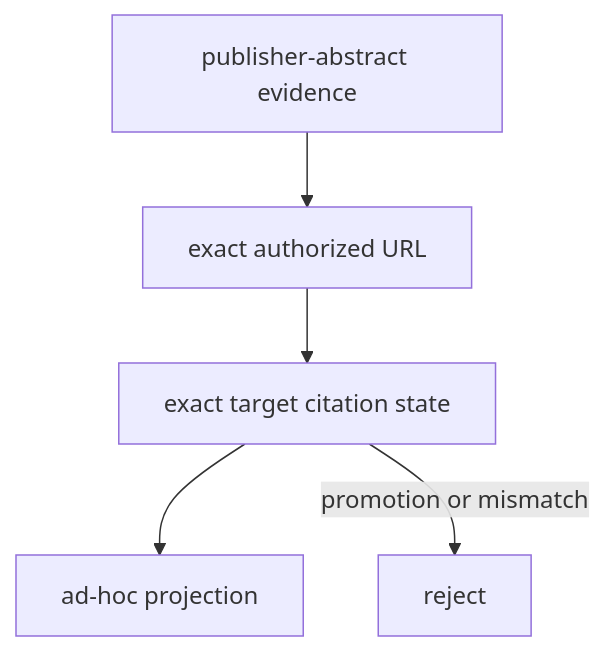
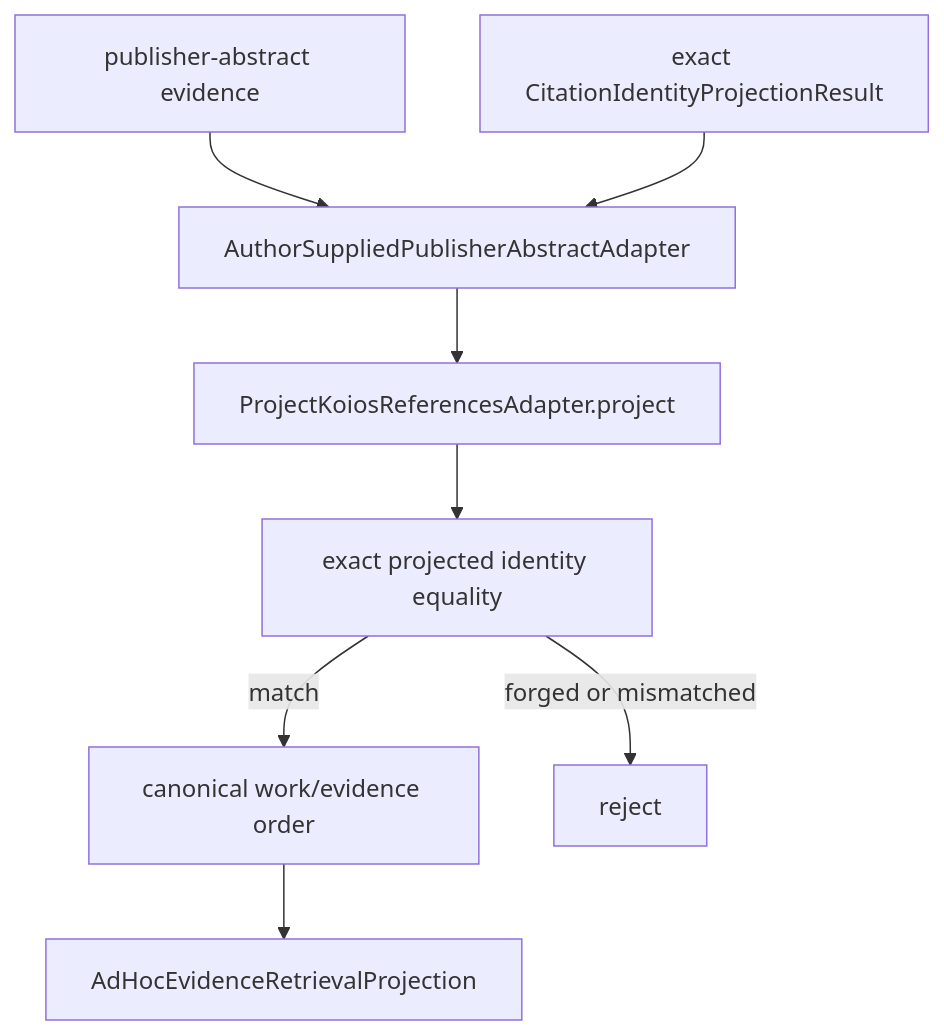
The diagram in docs/architecture/ksdft2effmass/publications/authoring/adapters/ad_hoc/implementation.md (eragasa/ksdft2effmass), drawn with Mermaid before and after one commit. The commit also changed other lines of this file and 33 other files, not shown here.

Commit message:
Bind abstract authoring to owner citation lineage

````diff
--- a/docs/architecture/ksdft2effmass/publications/authoring/adapters/ad_hoc/implementation.md
+++ b/docs/architecture/ksdft2effmass/publications/authoring/adapters/ad_hoc/implementation.md
@@ -3,7 +3,10 @@
 ```mermaid
 flowchart TD
-    Input["publisher-abstract evidence"] --> URL["exact authorized URL"]
-    URL --> State["exact target citation state"]
-    State --> Projection["ad-hoc projection"]
-    State -->|"promotion or mismatch"| Reject["reject"]
+    Evidence["publisher-abstract evidence"] --> Adapter["AuthorSuppliedPublisherAbstractAdapter"]
+    Owner["exact CitationIdentityProjectionResult"] --> Adapter
+    Adapter --> Strict["ProjectKoiosReferencesAdapter.project"]
+    Strict --> Compare["exact projected identity equality"]
+    Compare -->|"match"| Order["canonical work/evidence order"]
+    Compare -->|"forged or mismatched"| Reject["reject"]
+    Order --> Projection["AdHocEvidenceRetrievalProjection"]
 ```
````
